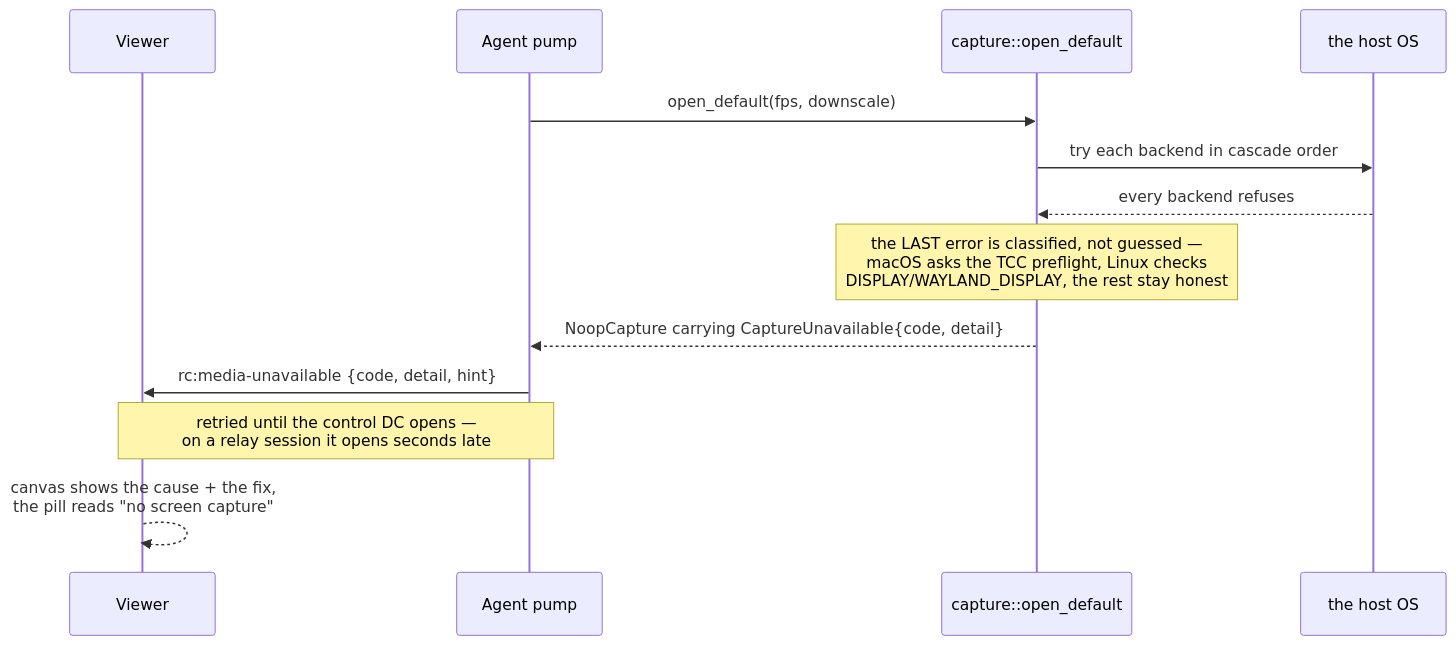
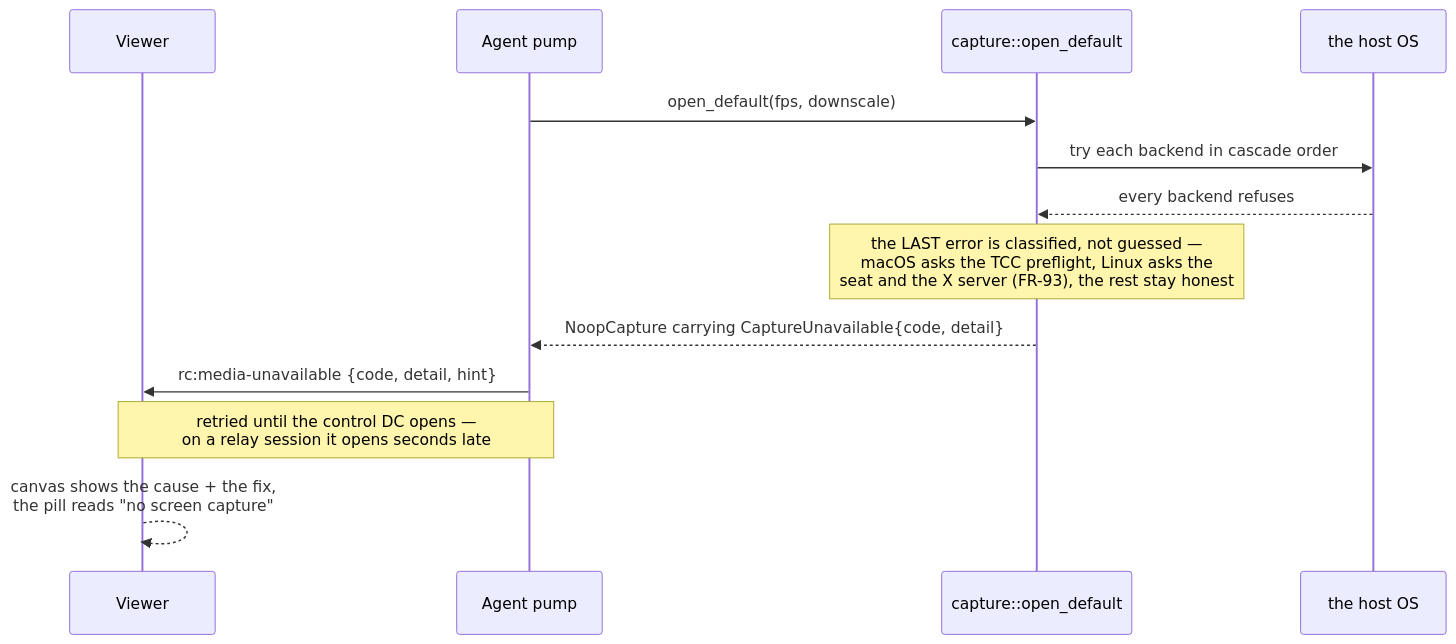
One commit to gjovanov/roomler-ai changed the fourth of 10 diagrams in docs/remote-control.md. Above: the diagram before and after it, drawn with Mermaid. The commit also changed other lines of this file and 7 other files, not shown here.

````diff
--- a/docs/remote-control.md
+++ b/docs/remote-control.md
@@ -281,16 +281,16 @@
 ```mermaid
 sequenceDiagram
     participant V as Viewer
     participant A as Agent pump
     participant C as capture::open_default
     participant OS as the host OS
 
     A->>C: open_default(fps, downscale)
     C->>OS: try each backend in cascade order
     OS-->>C: every backend refuses
-    Note over C: the LAST error is classified, not guessed —<br/>macOS asks the TCC preflight, Linux checks<br/>DISPLAY/WAYLAND_DISPLAY, the rest stay honest
+    Note over C: the LAST error is classified, not guessed —<br/>macOS asks the TCC preflight, Linux asks the<br/>seat and the X server (FR-93), the rest stay honest
     C-->>A: NoopCapture carrying CaptureUnavailable{code, detail}
     A->>V: rc:media-unavailable {code, detail, hint}
     Note over A,V: retried until the control DC opens —<br/>on a relay session it opens seconds late
     V-->>V: canvas shows the cause + the fix,<br/>the pill reads "no screen capture"
 ```
````
